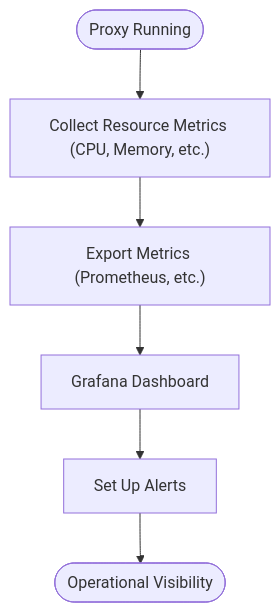
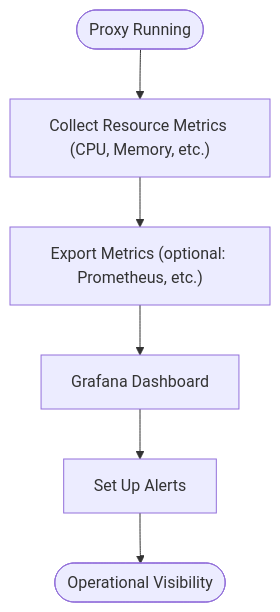
Before and after one commit to sofatutor/llm-proxy: the diagram in docs/issues/phase-6-resource-usage-grafana.md, drawn with Mermaid. The commit also changed 5 other files, not shown here.

Commit message:
[docs][config] Normalize metrics wording: provider-agnostic; Prometheus optional

````diff
--- a/docs/issues/phase-6-resource-usage-grafana.md
+++ b/docs/issues/phase-6-resource-usage-grafana.md
@@ -8,11 +8,11 @@
 ```mermaid
 flowchart TD
     Start([Proxy Running])
     Collect["Collect Resource Metrics (CPU, Memory, etc.)"]
-    Export["Export Metrics (Prometheus, etc.)"]
+    Export["Export Metrics (optional: Prometheus, etc.)"]
     Grafana["Grafana Dashboard"]
     Alert["Set Up Alerts"]
     End([Operational Visibility])
 
     Start --> Collect --> Export --> Grafana --> Alert --> End
 ```
````
